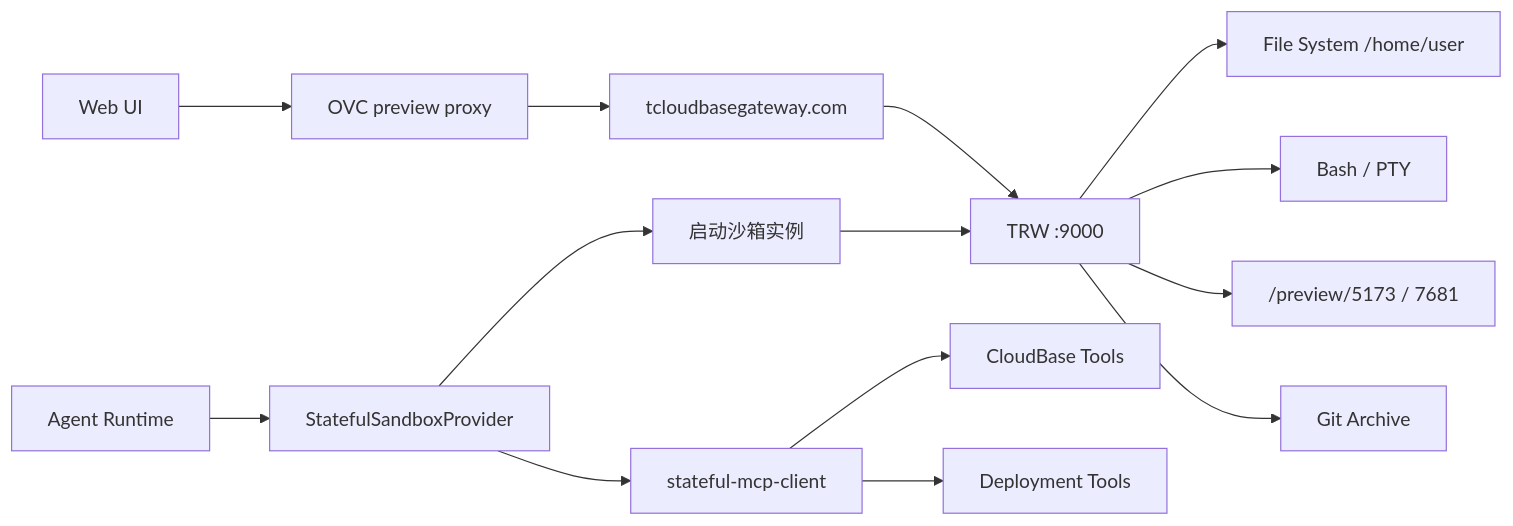
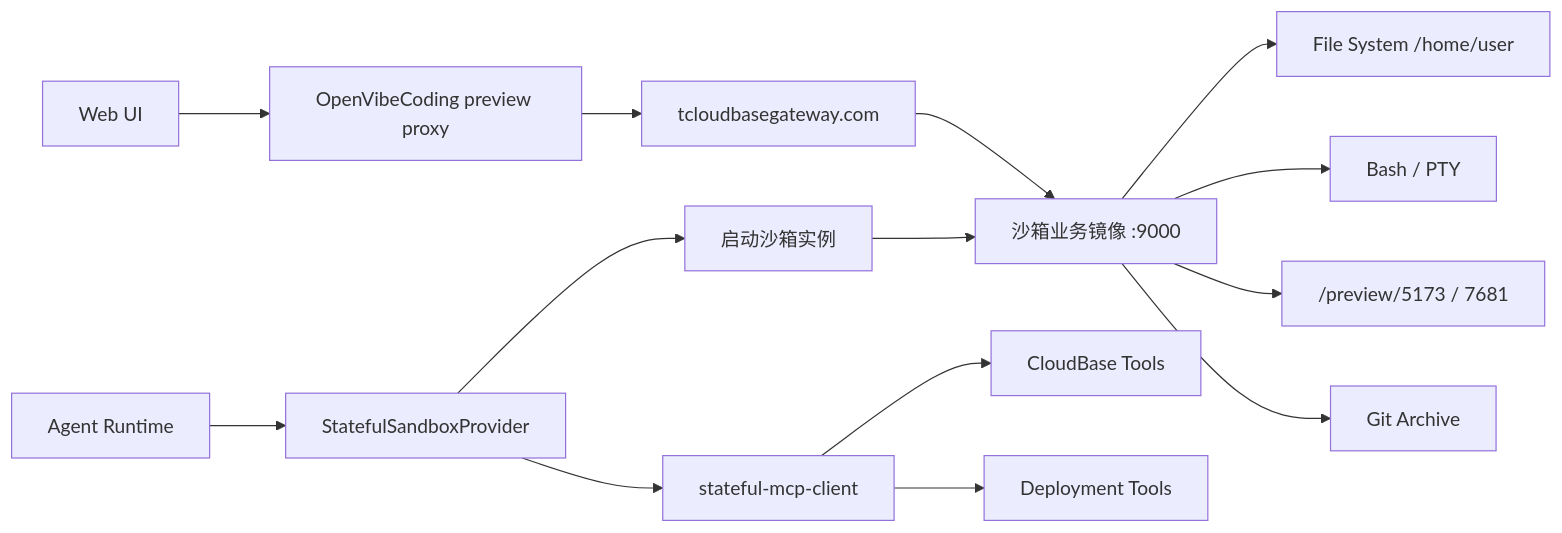
One commit to TencentCloudBase/OpenVibeCoding changed the third of 5 diagrams in docs/architecture.md. Above: the diagram before and after it, drawn with Mermaid. The commit also changed other lines of this file and 43 other files, not shown here.

````diff
--- a/docs/architecture.md
+++ b/docs/architecture.md
@@ -258,16 +258,16 @@
 ```mermaid
 flowchart LR
     Agent["Agent Runtime"] --> Provider["StatefulSandboxProvider"]
     Provider --> SbxInfra["启动沙箱实例"]
-    SbxInfra --> TRW["TRW :9000"]
-    TRW --> FS["File System /home/user"]
-    TRW --> Bash["Bash / PTY"]
-    TRW --> Preview["/preview/5173 / 7681"]
-    TRW --> Git["Git Archive"]
+    SbxInfra --> 沙箱业务镜像["沙箱业务镜像 :9000"]
+    沙箱业务镜像 --> FS["File System /home/user"]
+    沙箱业务镜像 --> Bash["Bash / PTY"]
+    沙箱业务镜像 --> Preview["/preview/5173 / 7681"]
+    沙箱业务镜像 --> Git["Git Archive"]
     Provider --> McpClient["stateful-mcp-client"]
     McpClient --> CloudBase["CloudBase Tools"]
     McpClient --> Deploy["Deployment Tools"]
-    Web["Web UI"] --> OvcProxy["OVC preview proxy"]
+    Web["Web UI"] --> OvcProxy["OpenVibeCoding preview proxy"]
     OvcProxy --> Gateway["tcloudbasegateway.com"]
-    Gateway --> TRW
+    Gateway --> 沙箱业务镜像
 ```
````
